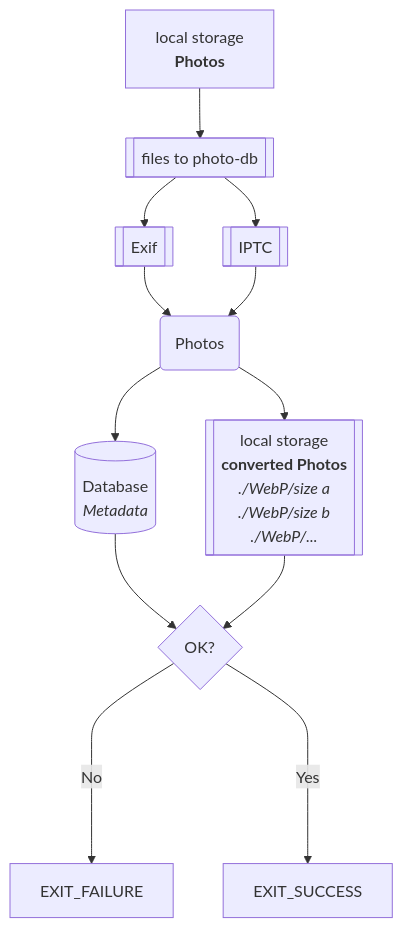
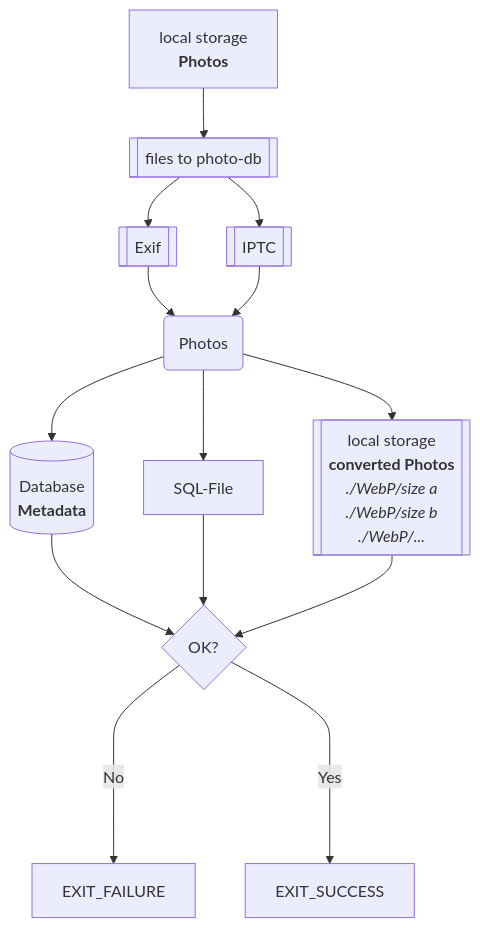
Before and after one commit to Zheng-Bote/qt_files_photo-gallery: the first of 6 diagrams in README.md, drawn with Mermaid. The commit also changed other lines of this file, not shown here.

Commit message:
upd: Mermaid

````diff
--- a/README.md
+++ b/README.md
@@ -307,14 +310,14 @@
 ```mermaid
 flowchart TD;
   A["`local storage
   **Photos**`"] --> P[[files to photo-db]]
   P --> E[[Exif]] & I[[IPTC]] --> M(Photos)
   M --> D[("`Database
-  _Metadata_`")] & N[["`local storage
+  **Metadata**`")] & Q[SQL-File] & N[["`local storage
   **converted Photos**
   _./WebP/size a
   ./WebP/size b
   ./WebP/..._`"]] --> C{OK?}
   C ---->|No| F[EXIT_FAILURE]
   C ---->|Yes| O[EXIT_SUCCESS]
 ```
````
